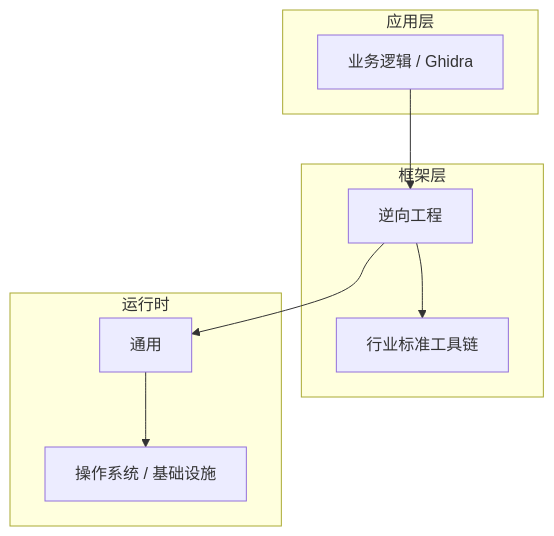
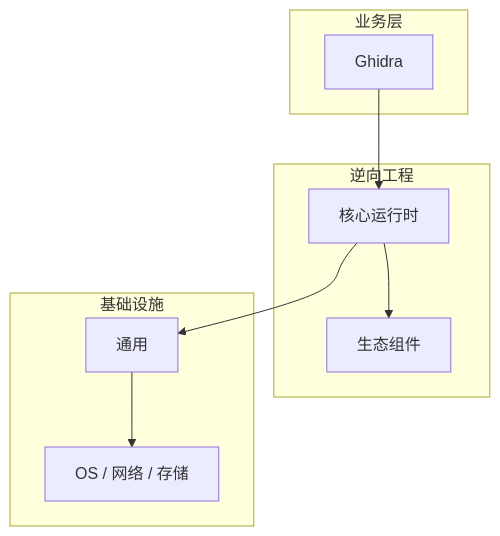
Before and after one commit to yanggan2015/knowledge-json-v2: the diagram in articles/逆向工程/chapters/046-Ghidra核心概念与原理.md, drawn with Mermaid. The commit also changed other lines of this file and 10127 other files, not shown here.

````diff
--- a/articles/逆向工程/chapters/046-Ghidra核心概念与原理.md
+++ b/articles/逆向工程/chapters/046-Ghidra核心概念与原理.md
@@ -46,18 +31,18 @@
 ```mermaid
 graph TB
-    subgraph 应用层
-        A[业务逻辑 / Ghidra]
+    subgraph 业务层
+        A[Ghidra]
     end
-    subgraph 框架层
-        B[逆向工程]
-        C[行业标准工具链]
+    subgraph 逆向工程
+        B[核心运行时]
+        C[生态组件]
     end
-    subgraph 运行时
+    subgraph 基础设施
         D[通用]
-        E[操作系统 / 基础设施]
+        E[OS / 网络 / 存储]
     end
     A --> B
     B --> C
     B --> D
     D --> E
 ```
````
